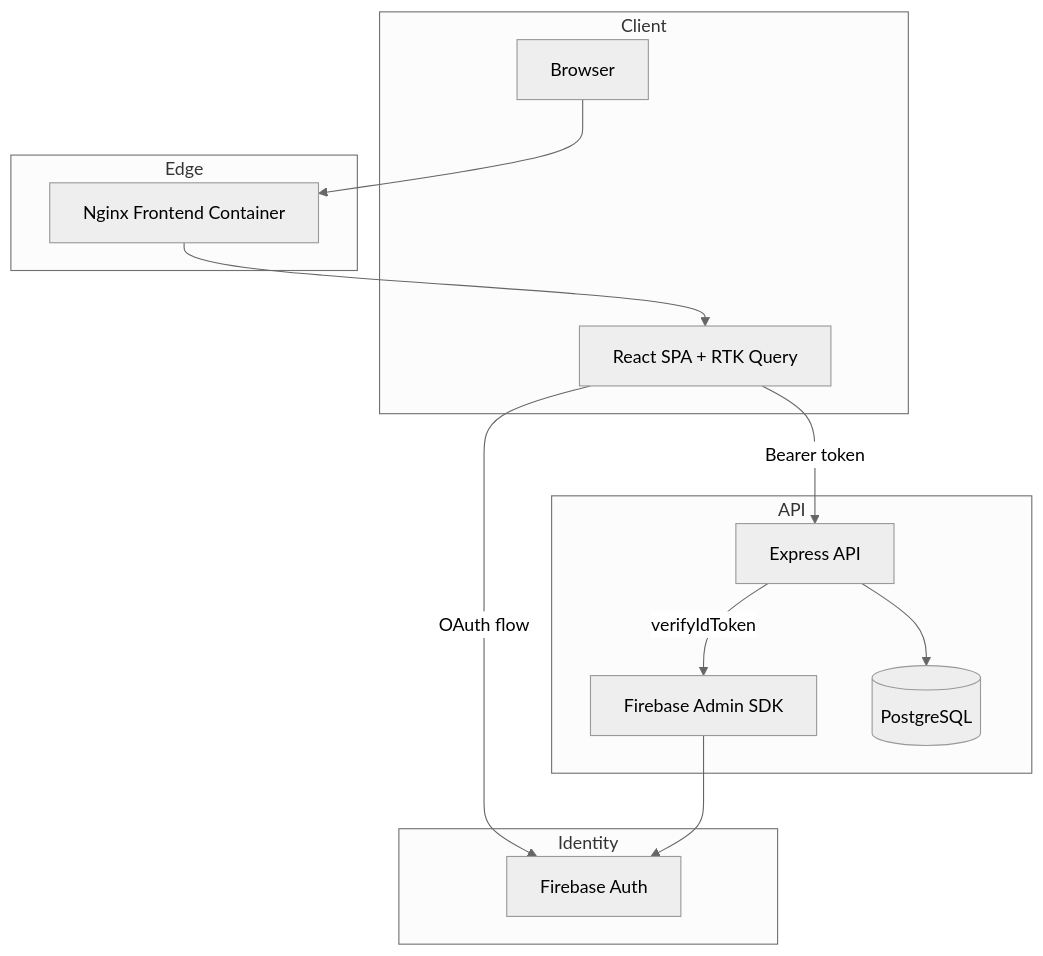
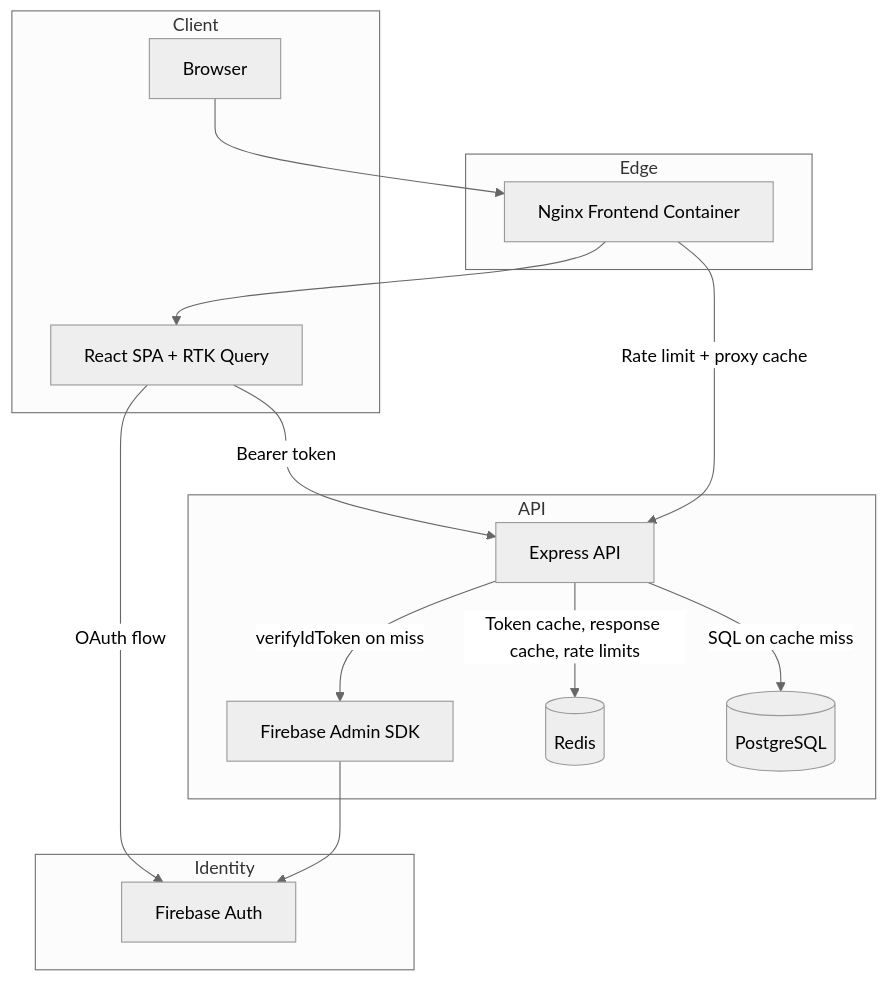
Before and after one commit to abhishek0412/contacts-app: the diagram in Technology_Stack_Blueprint.md, drawn with Mermaid (neutral theme). The commit also changed other lines of this file and 3 other files, not shown here.

````diff
--- a/Technology_Stack_Blueprint.md
+++ b/Technology_Stack_Blueprint.md
@@ -231,29 +244,32 @@
 ```mermaid
 graph TB
     subgraph Client
         B[Browser]
         SPA[React SPA + RTK Query]
     end
 
     subgraph Identity
         FAuth[Firebase Auth]
     end
 
     subgraph API
         EX[Express API]
         FAdmin[Firebase Admin SDK]
+        RD[(Redis)]
         PG[(PostgreSQL)]
     end
 
     subgraph Edge
         NX[Nginx Frontend Container]
     end
 
     B --> NX
     NX --> SPA
     SPA -->|OAuth flow| FAuth
     SPA -->|Bearer token| EX
-    EX -->|verifyIdToken| FAdmin
+    NX -->|Rate limit + proxy cache| EX
+    EX -->|Token cache, response cache, rate limits| RD
+    EX -->|verifyIdToken on miss| FAdmin
     FAdmin --> FAuth
-    EX --> PG
+    EX -->|SQL on cache miss| PG
 ```
````
